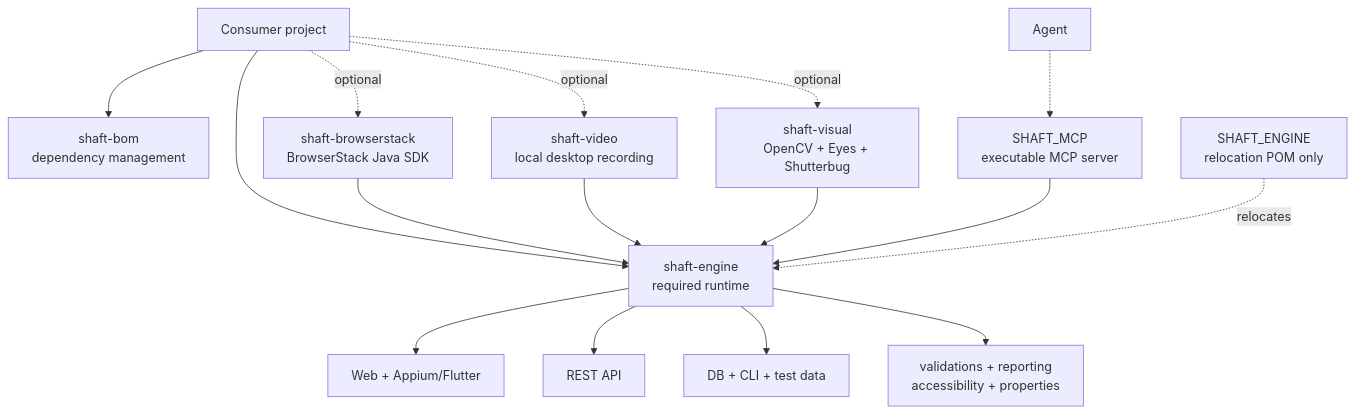
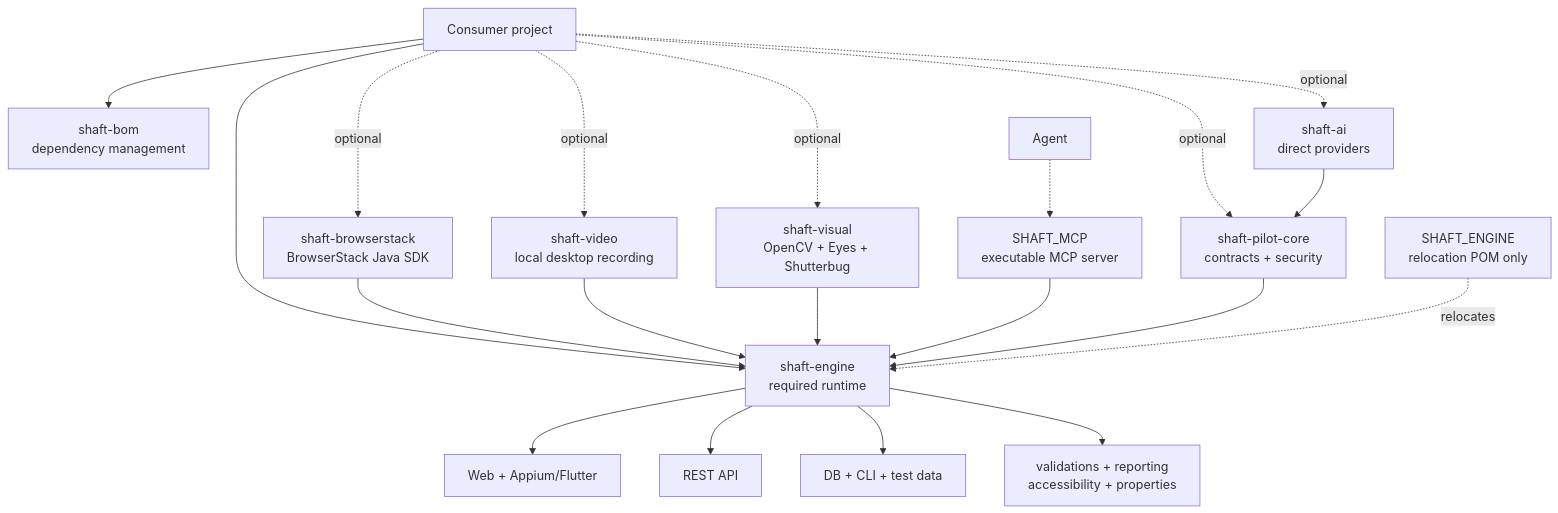
One commit to ShaftHQ/SHAFT_ENGINE changed the first of 2 diagrams in docs/ARCHITECTURE.md. Above: the diagram before and after it, drawn with Mermaid. The commit also changed other lines of this file and 75 other files, not shown here.

First line of the commit message:
[codex] Add optional SHAFT Pilot AI-provider foundation (#2867)

````diff
--- a/docs/ARCHITECTURE.md
+++ b/docs/ARCHITECTURE.md
@@ -13,21 +13,25 @@
 ```mermaid
 flowchart TB
     Consumer["Consumer project"] --> BOM["shaft-bom<br/>dependency management"]
     Consumer --> Engine["shaft-engine<br/>required runtime"]
+    Consumer -.->|optional| PilotCore["shaft-pilot-core<br/>contracts + security"]
+    Consumer -.->|optional| AI["shaft-ai<br/>direct providers"]
     Consumer -.->|optional| BrowserStack["shaft-browserstack<br/>BrowserStack Java SDK"]
     Consumer -.->|optional| Video["shaft-video<br/>local desktop recording"]
     Consumer -.->|optional| Visual["shaft-visual<br/>OpenCV + Eyes + Shutterbug"]
     Agent -.-> MCP["SHAFT_MCP<br/>executable MCP server"]
 
     BrowserStack --> Engine
     Video --> Engine
     Visual --> Engine
     MCP --> Engine
+    PilotCore --> Engine
+    AI --> PilotCore
 
     Legacy["SHAFT_ENGINE<br/>relocation POM only"] -.->|relocates| Engine
 
     Engine --> GUI["Web + Appium/Flutter"]
     Engine --> API["REST API"]
     Engine --> Data["DB + CLI + test data"]
     Engine --> Support["validations + reporting<br/>accessibility + properties"]
 ```
````
